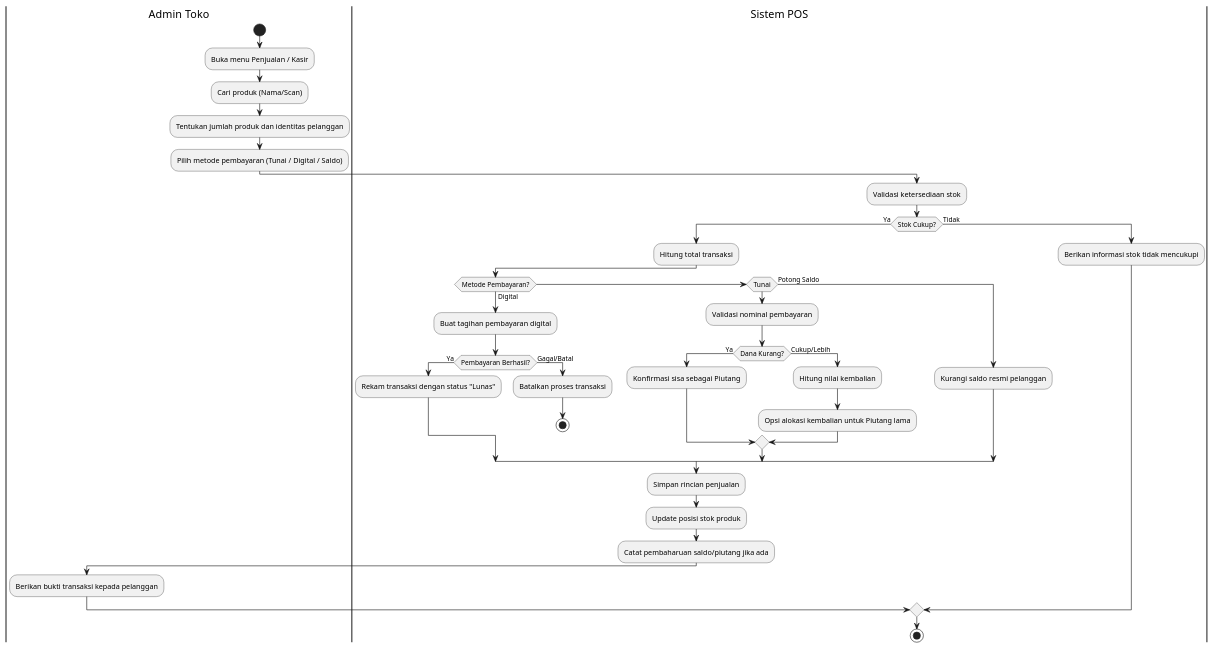
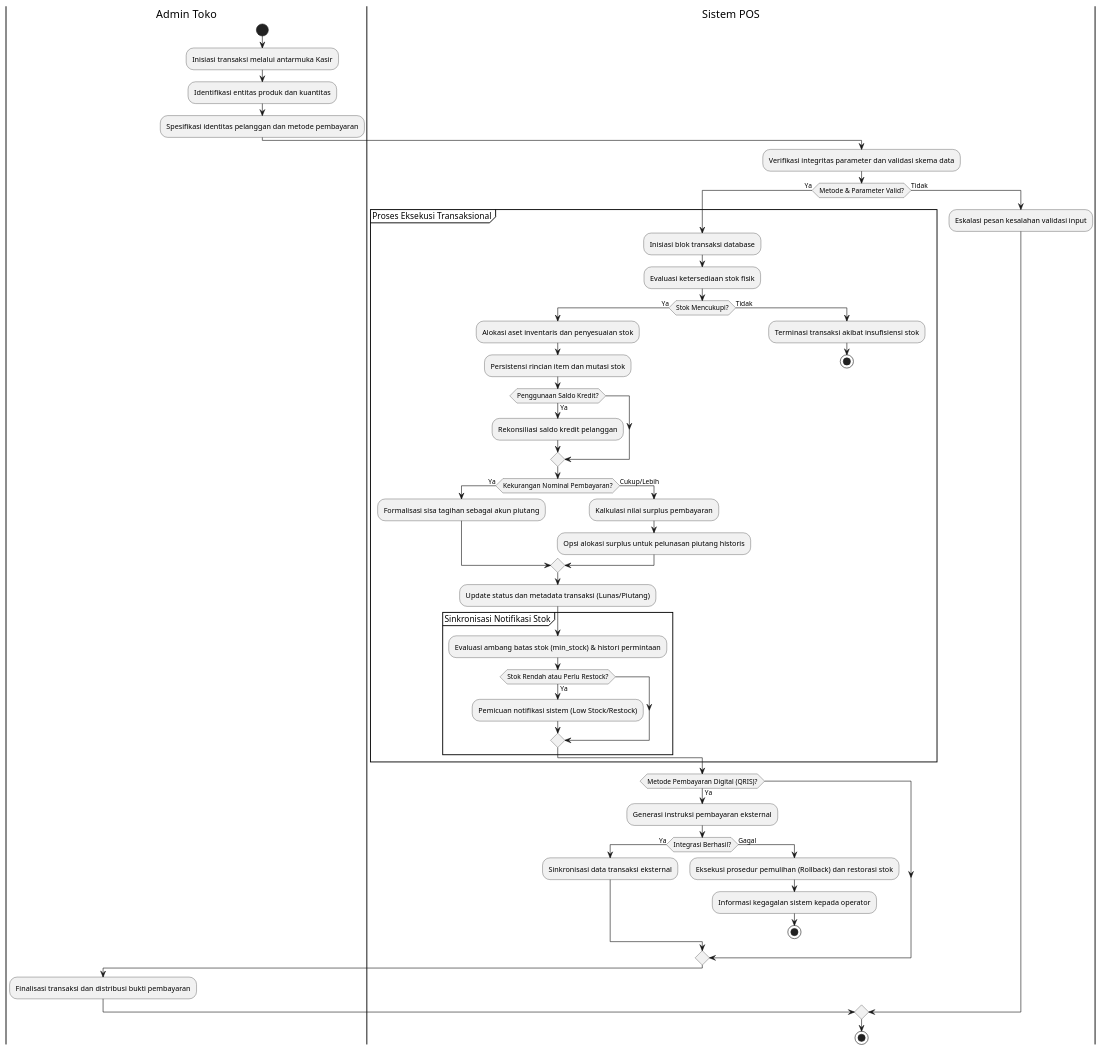
One commit to Aditiarzky/pos-app changed the diagram in docs/uml-activity-sales.puml. Above: the diagram before and after it, drawn with PlantUML. The commit also changed 30 other files, not shown here.

```diff
--- a/docs/uml-activity-sales.puml
+++ b/docs/uml-activity-sales.puml
@@ -1,44 +1,62 @@
-@startuml
+@startuml Activity - Penjualan
 |Admin Toko|
 start
-:Buka menu Penjualan / Kasir;
-:Cari produk (Nama/Scan);
-:Tentukan jumlah produk dan identitas pelanggan;
-:Pilih metode pembayaran (Tunai / Digital / Saldo);
+:Inisiasi transaksi melalui antarmuka Kasir;
+:Identifikasi entitas produk dan kuantitas;
+:Spesifikasi identitas pelanggan dan metode pembayaran;
 
 |Sistem POS|
-:Validasi ketersediaan stok;
-if (Stok Cukup?) then (Ya)
-  :Hitung total transaksi;
-  if (Metode Pembayaran?) then (Digital)
-    :Buat tagihan pembayaran digital;
-    if (Pembayaran Berhasil?) then (Ya)
-      :Rekam transaksi dengan status "Lunas";
-    else (Gagal/Batal)
-      :Batalkan proses transaksi;
+:Verifikasi integritas parameter dan validasi skema data;
+if (Metode & Parameter Valid?) then (Ya)
+  partition "Proses Eksekusi Transaksional" {
+    :Inisiasi blok transaksi database;
+    :Evaluasi ketersediaan stok fisik;
+    
+    if (Stok Mencukupi?) then (Ya)
+      :Alokasi aset inventaris dan penyesuaian stok;
+      :Persistensi rincian item dan mutasi stok;
+      
+      if (Penggunaan Saldo Kredit?) then (Ya)
+        :Rekonsiliasi saldo kredit pelanggan;
+      endif
+
+      if (Kekurangan Nominal Pembayaran?) then (Ya)
+        :Formalisasi sisa tagihan sebagai akun piutang;
+      else (Cukup/Lebih)
+        :Kalkulasi nilai surplus pembayaran;
+        :Opsi alokasi surplus untuk pelunasan piutang historis;
+      endif
+      
+      :Update status dan metadata transaksi (Lunas/Piutang);
+      
+      partition "Sinkronisasi Notifikasi Stok" {
+        :Evaluasi ambang batas stok (min_stock) & histori permintaan;
+        if (Stok Rendah atau Perlu Restock?) then (Ya)
+          :Pemicuan notifikasi sistem (Low Stock/Restock);
+        endif
+      }
+    else (Tidak)
+      :Terminasi transaksi akibat insufisiensi stok;
       stop
     endif
-  else if (Tunai)
-    :Validasi nominal pembayaran;
-    if (Dana Kurang?) then (Ya)
-      :Konfirmasi sisa sebagai Piutang;
-    else (Cukup/Lebih)
-      :Hitung nilai kembalian;
-      :Opsi alokasi kembalian untuk Piutang lama;
+  }
+
+  if (Metode Pembayaran Digital (QRIS)?) then (Ya)
+    :Generasi instruksi pembayaran eksternal;
+    if (Integrasi Berhasil?) then (Ya)
+      :Sinkronisasi data transaksi eksternal;
+    else (Gagal)
+      :Eksekusi prosedur pemulihan (Rollback) dan restorasi stok;
+      :Informasi kegagalan sistem kepada operator;
+      stop
     endif
-  else (Potong Saldo)
-    :Kurangi saldo resmi pelanggan;
   endif
-  
-  :Simpan rincian penjualan;
-  :Update posisi stok produk;
-  :Catat pembaharuan saldo/piutang jika ada;
-  
+
   |Admin Toko|
-  :Berikan bukti transaksi kepada pelanggan;
+  :Finalisasi transaksi dan distribusi bukti pembayaran;
 else (Tidak)
   |Sistem POS|
-  :Berikan informasi stok tidak mencukupi;
+  :Eskalasi pesan kesalahan validasi input;
 endif
 stop
 @enduml
```
